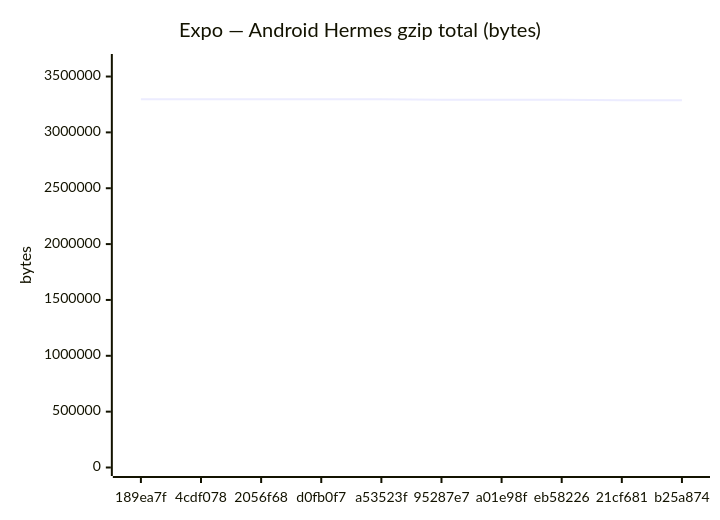
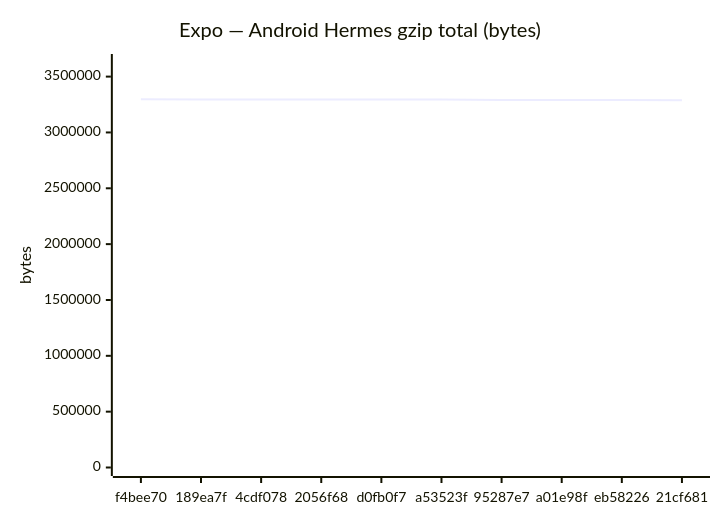
Before and after one commit to Metaheurist/Rianell: the fifth of 18 diagrams in benchmarks/compare.md, drawn with Mermaid. The commit also changed other lines of this file and 11 other files, not shown here.

````diff
--- a/benchmarks/compare.md
+++ b/benchmarks/compare.md
@@ -89,7 +89,7 @@
 ```mermaid
 xychart-beta
     title "Expo — Android Hermes gzip total (bytes)"
-    x-axis ["189ea7f", "4cdf078", "2056f68", "d0fb0f7", "a53523f", "95287e7", "a01e98f", "eb58226", "21cf681", "b25a874"]
-    y-axis "bytes" 0 --> 3625626
-    line [3296023, 3295973, 3295761, 3295758, 3295757, 3291461, 3291455, 3291464, 3287427, 3287424]
+    x-axis ["f4bee70", "189ea7f", "4cdf078", "2056f68", "d0fb0f7", "a53523f", "95287e7", "a01e98f", "eb58226", "21cf681"]
+    y-axis "bytes" 0 --> 3626296
+    line [3296632, 3296023, 3295973, 3295761, 3295758, 3295757, 3291461, 3291455, 3291464, 3287427]
 ```
````
